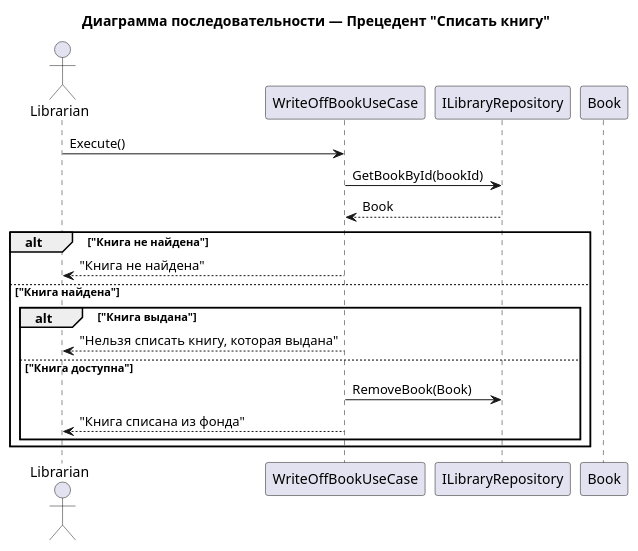
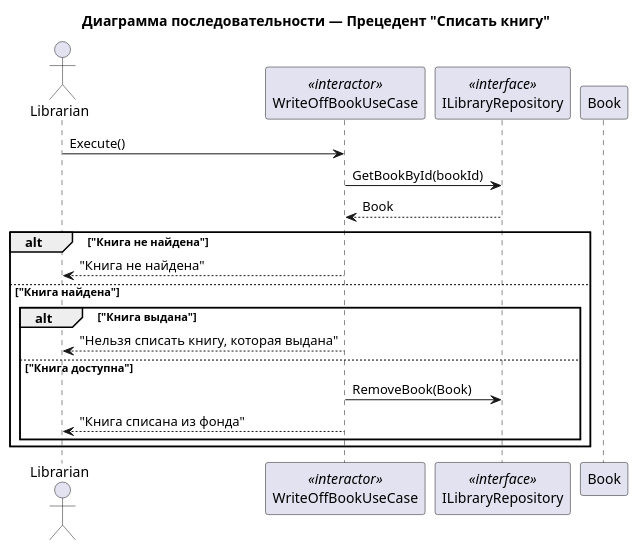
The diagram in Сценарии использования/Списание книги.md (penamarth/bsbo-01-23_team4_var2_bibl), drawn with PlantUML before and after one commit. The commit also changed other lines of this file and 16 other files, not shown here.

Commit message:
feat: Add BaseUseCase as abstract use case & preview for PlantUML code

````diff
--- a/Сценарии использования/Списание книги.md
+++ b/Сценарии использования/Списание книги.md
@@ -1,25 +1,25 @@
 ```plantuml
 @startuml
 title Диаграмма последовательности — Прецедент "Списать книгу"
 
 actor Librarian
-participant "WriteOffBookUseCase" as UseCase
-participant "ILibraryRepository" as Repo
+participant "WriteOffBookUseCase" as UseCase <<interactor>>
+participant "ILibraryRepository" as Repo <<interface>>
 participant "Book"
 
 Librarian -> UseCase : Execute()
 UseCase -> Repo : GetBookById(bookId)
 Repo --> UseCase : Book
 
 alt "Книга не найдена"
     UseCase --> Librarian : "Книга не найдена"
 else "Книга найдена"
     alt "Книга выдана"
         UseCase --> Librarian : "Нельзя списать книгу, которая выдана"
     else "Книга доступна"
         UseCase -> Repo : RemoveBook(Book)
         UseCase --> Librarian : "Книга списана из фонда"
     end
 end
 @enduml
 ```
````
